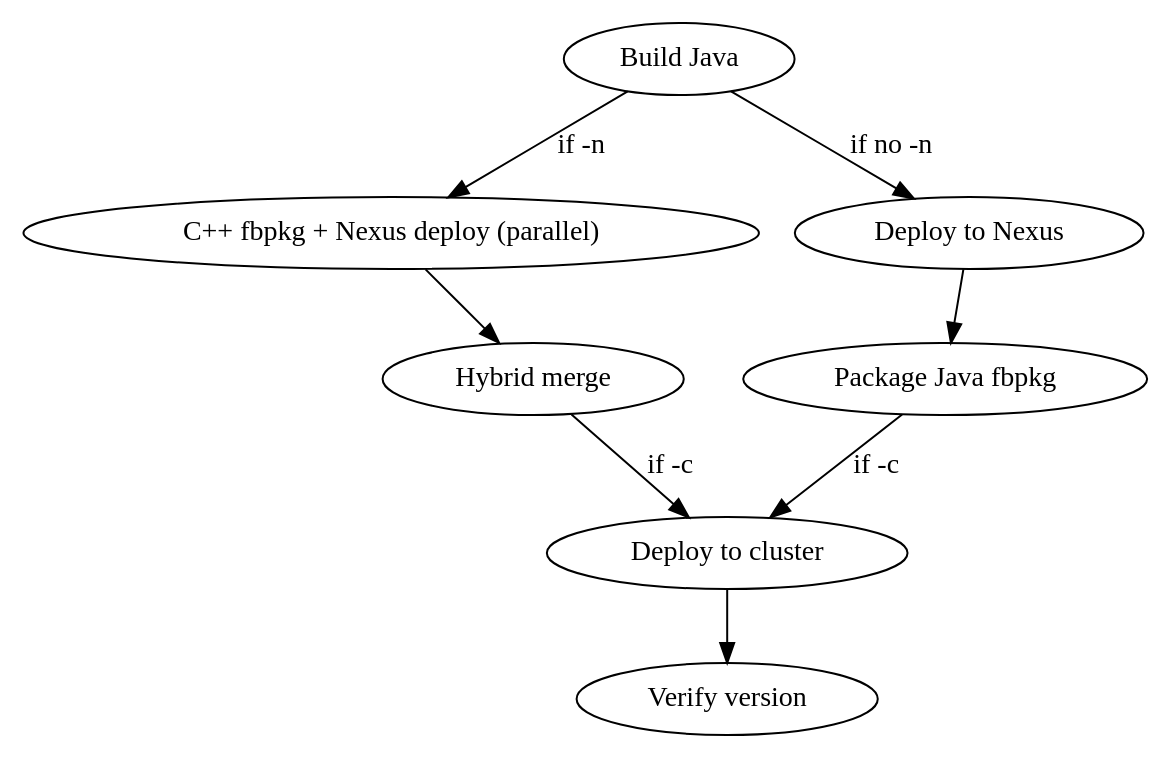
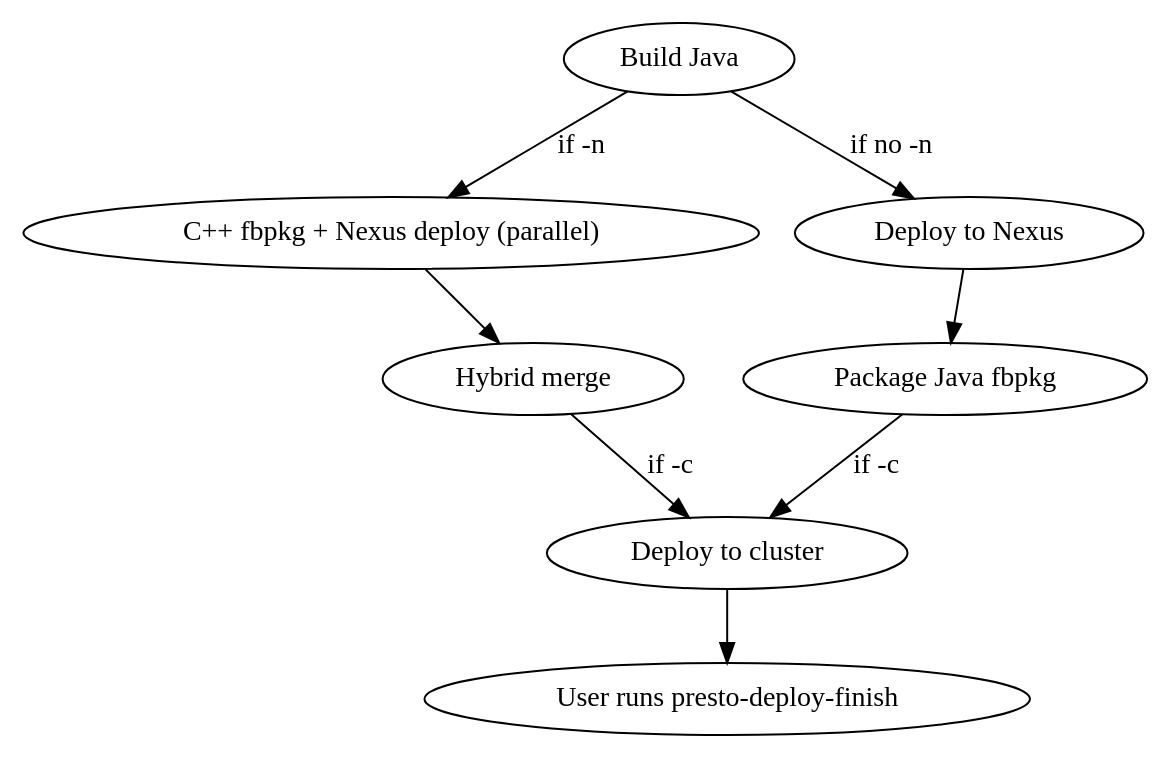
One commit to mkarrmann/dotfiles changed the diagram in agent_config/skills/presto-deploy/SKILL.md. Above: the diagram before and after it, drawn with Graphviz. The commit also changed other lines of this file and 2 other files, not shown here.

Commit message:
presto deploy skill: I manually tag and deploy

````diff
--- a/agent_config/skills/presto-deploy/SKILL.md
+++ b/agent_config/skills/presto-deploy/SKILL.md
@@ -91,11 +186,11 @@
 ```dot
 digraph deploy {
   "Build Java" -> "C++ fbpkg + Nexus deploy (parallel)" [label="if -n"];
   "Build Java" -> "Deploy to Nexus" [label="if no -n"];
   "C++ fbpkg + Nexus deploy (parallel)" -> "Hybrid merge";
   "Deploy to Nexus" -> "Package Java fbpkg";
   "Package Java fbpkg" -> "Deploy to cluster" [label="if -c"];
   "Hybrid merge" -> "Deploy to cluster" [label="if -c"];
-  "Deploy to cluster" -> "Verify version";
+  "Deploy to cluster" -> "User runs presto-deploy-finish";
 }
 ```
````
